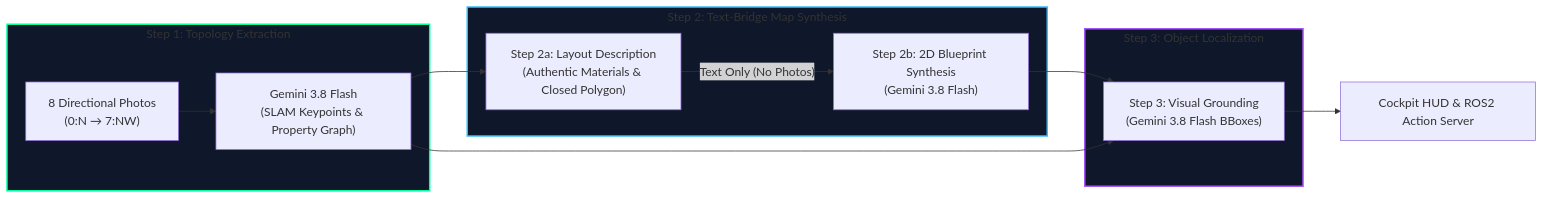
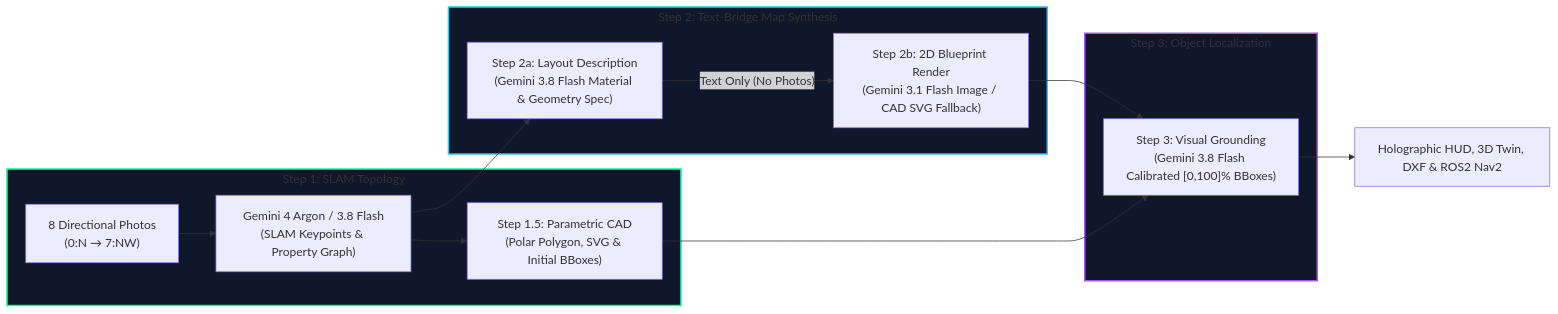
Before and after one commit to mincasurong/GeminiSeoulHackathon2026: the diagram in README.md, drawn with Mermaid. The commit also changed other lines of this file, not shown here.

Commit message:
docs(readme): update README.md for SPATIAL_OS v4.0 architecture and visualizers

````diff
--- a/README.md
+++ b/README.md
@@ -78,21 +81,22 @@
 ```mermaid
 flowchart LR
-    subgraph S1["Step 1: Topology Extraction"]
-        P["8 Directional Photos\n(0:N → 7:NW)"] --> TOPO["Gemini 3.8 Flash\n(SLAM Keypoints & Property Graph)"]
+    subgraph S1["Step 1: SLAM Topology"]
+        P["8 Directional Photos\n(0:N → 7:NW)"] --> TOPO["Gemini 4 Argon / 3.8 Flash\n(SLAM Keypoints & Property Graph)"]
+        TOPO --> CAD["Step 1.5: Parametric CAD\n(Polar Polygon, SVG & Initial BBoxes)"]
     end
 
     subgraph S2["Step 2: Text-Bridge Map Synthesis"]
-        TOPO --> S2A["Step 2a: Layout Description\n(Authentic Materials & Closed Polygon)"]
-        S2A -->|"Text Only (No Photos)"| S2B["Step 2b: 2D Blueprint Synthesis\n(Gemini 3.8 Flash)"]
+        TOPO --> S2A["Step 2a: Layout Description\n(Gemini 3.8 Flash Material & Geometry Spec)"]
+        S2A -->|"Text Only (No Photos)"| S2B["Step 2b: 2D Blueprint Render\n(Gemini 3.1 Flash Image / CAD SVG Fallback)"]
     end
 
     subgraph S3["Step 3: Object Localization"]
-        S2B & TOPO --> LOC["Step 3: Visual Grounding\n(Gemini 3.8 Flash BBoxes)"]
+        S2B & CAD --> LOC["Step 3: Visual Grounding\n(Gemini 3.8 Flash Calibrated [0,100]% BBoxes)"]
     end
 
-    LOC --> UI["Cockpit HUD & ROS2 Action Server"]
+    LOC --> UI["Holographic HUD, 3D Twin, DXF & ROS2 Nav2"]
 
     style S1 fill:#0f172a,stroke:#00FF9D,stroke-width:2px
     style S2 fill:#0f172a,stroke:#38BDF8,stroke-width:2px
     style S3 fill:#0f172a,stroke:#A855F7,stroke-width:2px
 ```
````
